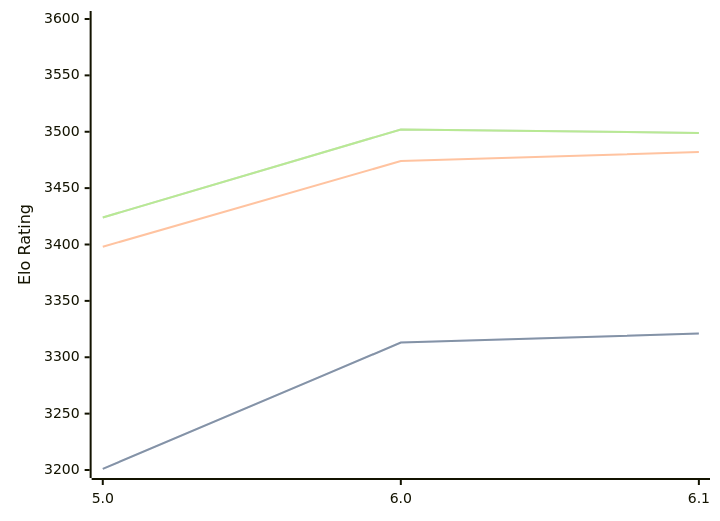
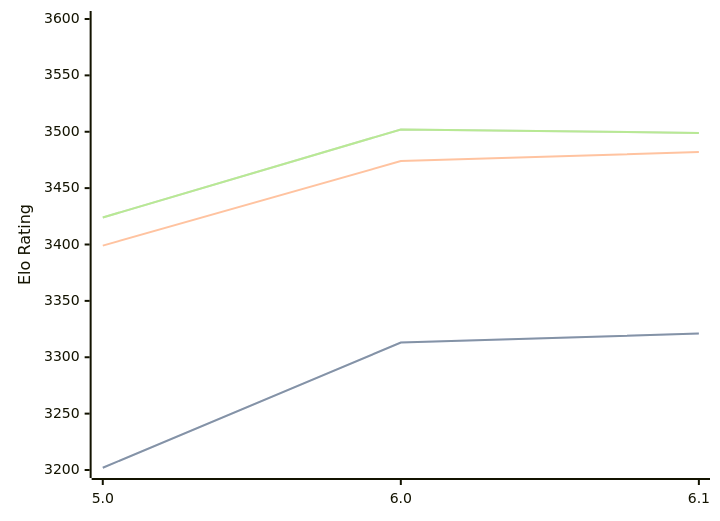
The diagram in engines/Starzix.md (computer-chess-index/cci), drawn with Mermaid before and after one commit. The commit also changed other lines of this file, not shown here.

````diff
--- a/engines/Starzix.md
+++ b/engines/Starzix.md
@@ -37,11 +37,11 @@
 ```mermaid
 %%{init: {"theme":"base","themeVariables":{"seriesColors:['#a3a3a3','#222221','#faa371']}}}%%
 xychart-beta
   x-axis ["5.0", "6.0", "6.1"]
   y-axis "Elo Rating" 3200 --> 3600
-  line "STC (8.0+0.08s)" [3201, 3313, 3321]
-  line "STC (8.0+0.08s)" [3201, 3313, 3321]
-  line "LTC (60.0+0.60s)" [3398, 3474, 3482]
+  line "STC (8.0+0.08s)" [3202, 3313, 3321]
+  line "STC (8.0+0.08s)" [3202, 3313, 3321]
+  line "LTC (60.0+0.60s)" [3399, 3474, 3482]
   line "VLTC (2m24s+1.12s)" [3424, 3502, 3499]
   line "VLTC (2m24s+1.12s)" [3424, 3502, 3499]
 ```
````
